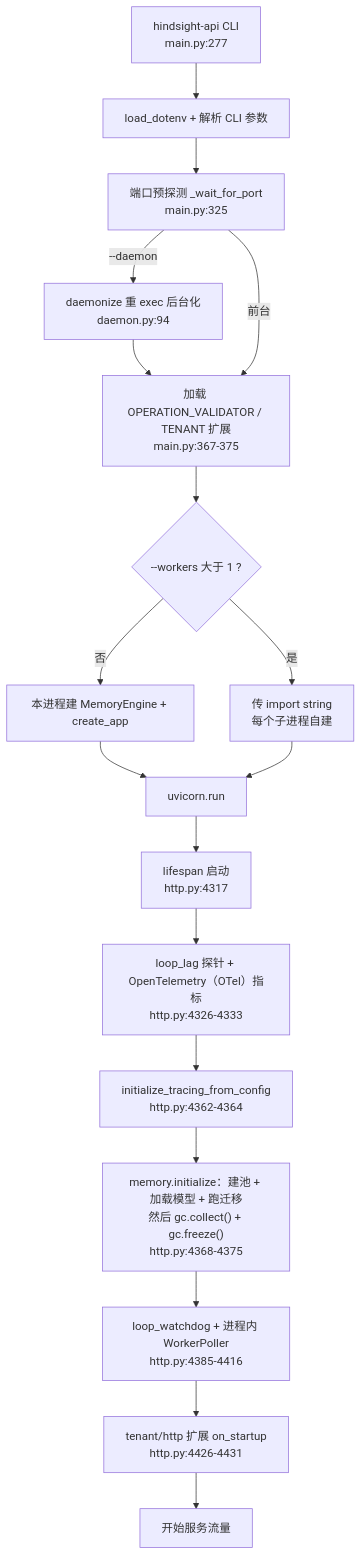
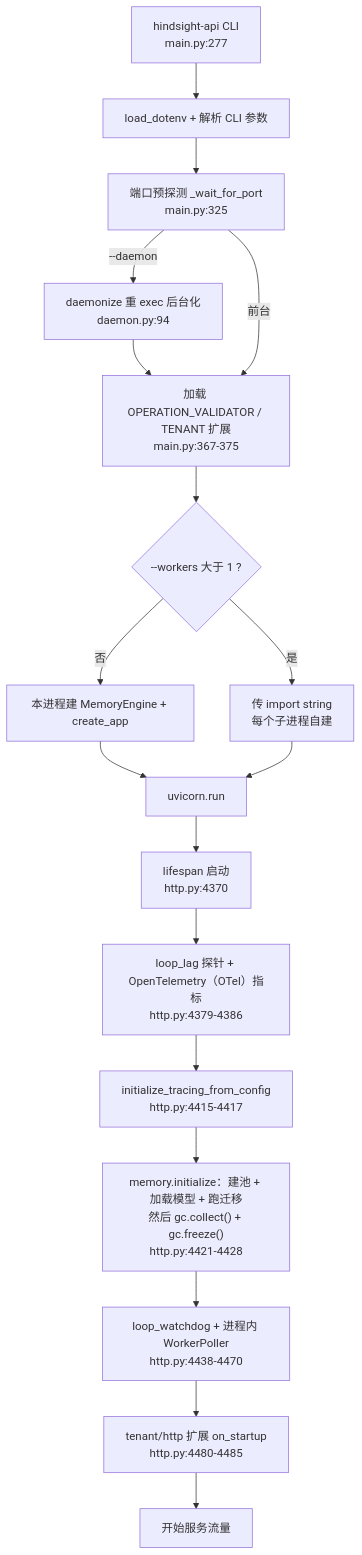
One commit to stefanv5/memory-platform-architecture changed the second of 7 diagrams in docs/hindsight/source-study/06-api-层与服务形态.md. Above: the diagram before and after it, drawn with Mermaid. The commit also changed other lines of this file and 10 other files, not shown here.

````diff
--- a/docs/hindsight/source-study/06-api-层与服务形态.md
+++ b/docs/hindsight/source-study/06-api-层与服务形态.md
@@ -195,20 +190,20 @@
 ```mermaid
 flowchart TD
     A["hindsight-api CLI<br/>main.py:277"] --> B["load_dotenv + 解析 CLI 参数"]
     B --> C["端口预探测 _wait_for_port<br/>main.py:325"]
     C -->|"--daemon"| D["daemonize 重 exec 后台化<br/>daemon.py:94"]
     D --> E
     C -->|"前台"| E["加载 OPERATION_VALIDATOR / TENANT 扩展<br/>main.py:367-375"]
     E --> F{"--workers 大于 1 ?"}
     F -->|"否"| G["本进程建 MemoryEngine + create_app"]
     F -->|"是"| H["传 import string<br/>每个子进程自建"]
     G --> I["uvicorn.run"]
     H --> I
-    I --> J["lifespan 启动<br/>http.py:4317"]
-    J --> K["loop_lag 探针 + OpenTelemetry（OTel）指标<br/>http.py:4326-4333"]
-    K --> L["initialize_tracing_from_config<br/>http.py:4362-4364"]
-    L --> M["memory.initialize：建池 + 加载模型 + 跑迁移<br/>然后 gc.collect() + gc.freeze()<br/>http.py:4368-4375"]
-    M --> N["loop_watchdog + 进程内 WorkerPoller<br/>http.py:4385-4416"]
-    N --> O["tenant/http 扩展 on_startup<br/>http.py:4426-4431"]
+    I --> J["lifespan 启动<br/>http.py:4370"]
+    J --> K["loop_lag 探针 + OpenTelemetry（OTel）指标<br/>http.py:4379-4386"]
+    K --> L["initialize_tracing_from_config<br/>http.py:4415-4417"]
+    L --> M["memory.initialize：建池 + 加载模型 + 跑迁移<br/>然后 gc.collect() + gc.freeze()<br/>http.py:4421-4428"]
+    M --> N["loop_watchdog + 进程内 WorkerPoller<br/>http.py:4438-4470"]
+    N --> O["tenant/http 扩展 on_startup<br/>http.py:4480-4485"]
     O --> P["开始服务流量"]
 ```
````
